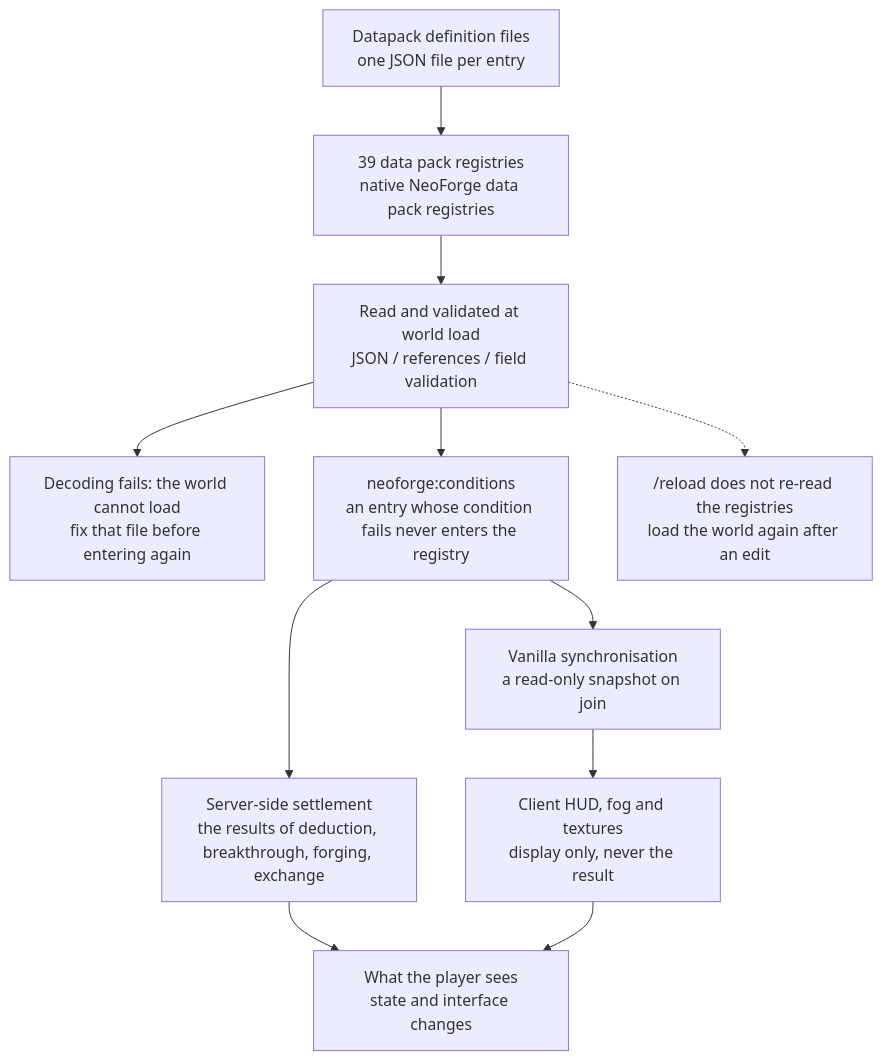
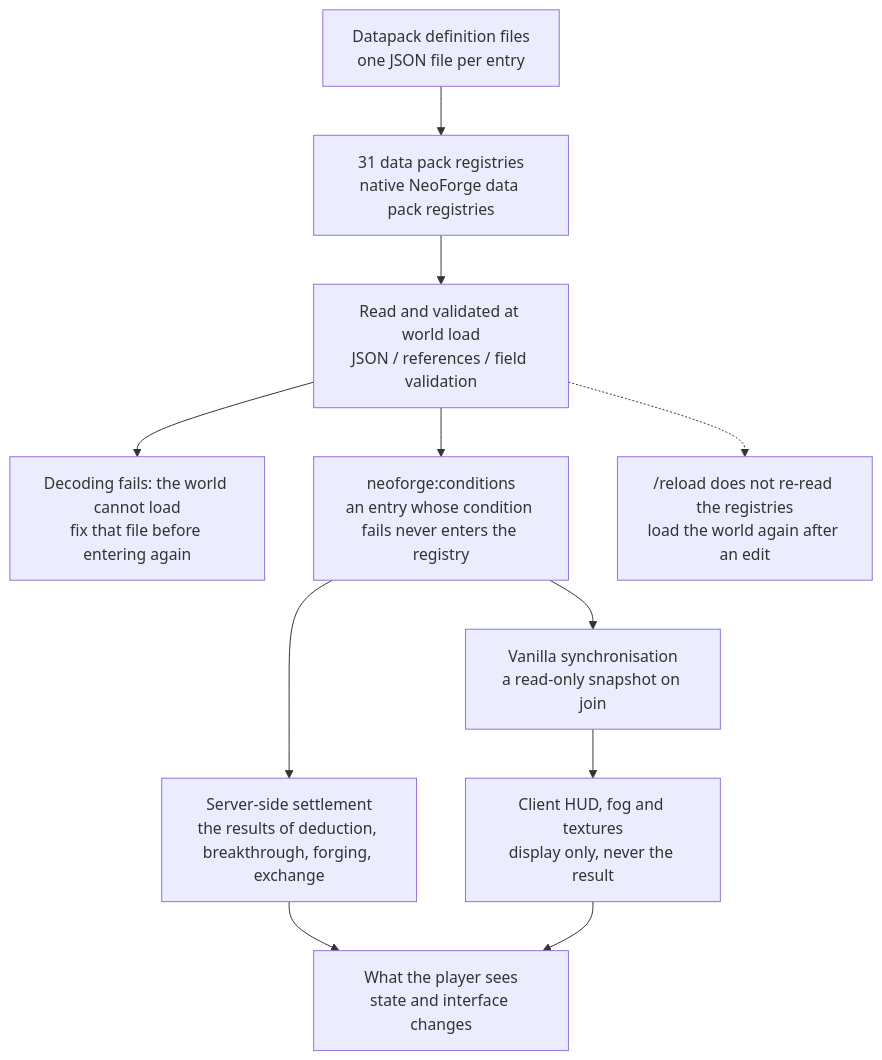
Before and after one commit to IAFEnvoy/mxt-docs: the diagram in docs/en/datapack/overview.md, drawn with Mermaid. The commit also changed other lines of this file and 117 other files, not shown here.

````diff
--- a/docs/en/datapack/overview.md
+++ b/docs/en/datapack/overview.md
@@ -119,13 +172,13 @@
 ```mermaid
 flowchart TD
-    A["Datapack definition files<br/>one JSON file per entry"] --> B["39 data pack registries<br/>native NeoForge data pack registries"]
+    A["Datapack definition files<br/>one JSON file per entry"] --> B["31 data pack registries<br/>native NeoForge data pack registries"]
     B --> C["Read and validated at world load<br/>JSON / references / field validation"]
     C --> D["Decoding fails: the world cannot load<br/>fix that file before entering again"]
     C --> E["neoforge:conditions<br/>an entry whose condition fails never enters the registry"]
     E --> F["Vanilla synchronisation<br/>a read-only snapshot on join"]
     E --> G["Server-side settlement<br/>the results of deduction, breakthrough, forging, exchange"]
     F --> H["Client HUD, fog and textures<br/>display only, never the result"]
     G --> I["What the player sees<br/>state and interface changes"]
     H --> I
     C -.-> J["/reload does not re-read the registries<br/>load the world again after an edit"]
 ```
````
